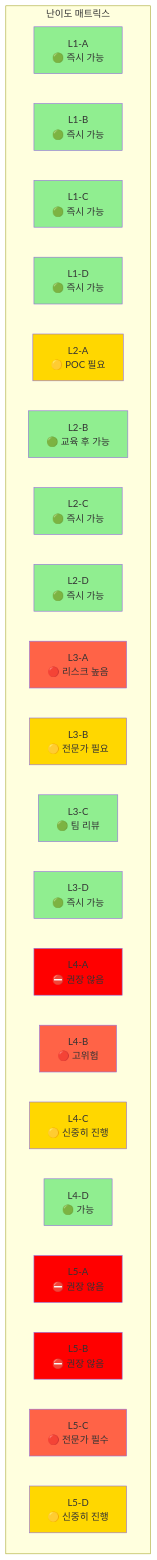
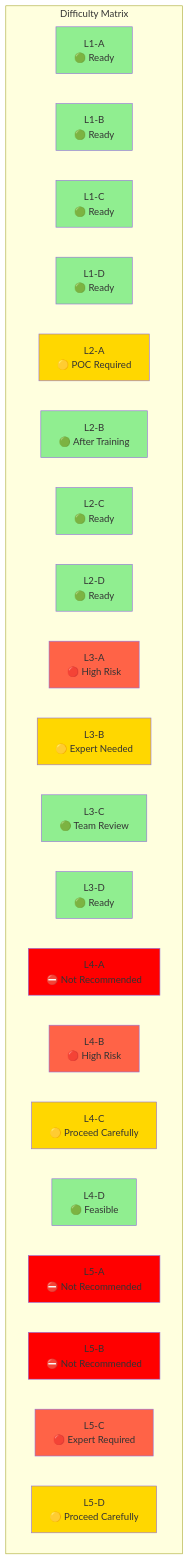
One commit to devfloor9/engineering-playbook changed the first of 2 diagrams in docs/aidlc/enterprise/msa-complexity/index.md. Above: the diagram before and after it, drawn with Mermaid. The commit also changed other lines of this file and 954 other files, not shown here.

````diff
--- a/docs/aidlc/enterprise/msa-complexity/index.md
+++ b/docs/aidlc/enterprise/msa-complexity/index.md
@@ -79,54 +79,54 @@
 ```mermaid
 graph TB
-    subgraph "난이도 매트릭스"
+    subgraph "Difficulty Matrix"
         style L1A fill:#90EE90
         style L1B fill:#90EE90
         style L1C fill:#90EE90
         style L1D fill:#90EE90
 
         style L2A fill:#FFD700
         style L2B fill:#90EE90
         style L2C fill:#90EE90
         style L2D fill:#90EE90
 
         style L3A fill:#FF6347
         style L3B fill:#FFD700
         style L3C fill:#90EE90
         style L3D fill:#90EE90
 
         style L4A fill:#FF0000
         style L4B fill:#FF6347
         style L4C fill:#FFD700
         style L4D fill:#90EE90
 
         style L5A fill:#FF0000
         style L5B fill:#FF0000
         style L5C fill:#FF6347
         style L5D fill:#FFD700
 
-        L1A["L1-A<br/>🟢 즉시 가능"]
-        L1B["L1-B<br/>🟢 즉시 가능"]
-        L1C["L1-C<br/>🟢 즉시 가능"]
-        L1D["L1-D<br/>🟢 즉시 가능"]
+        L1A["L1-A<br/>🟢 Ready"]
+        L1B["L1-B<br/>🟢 Ready"]
+        L1C["L1-C<br/>🟢 Ready"]
+        L1D["L1-D<br/>🟢 Ready"]
 
-        L2A["L2-A<br/>🟡 POC 필요"]
-        L2B["L2-B<br/>🟢 교육 후 가능"]
-        L2C["L2-C<br/>🟢 즉시 가능"]
-        L2D["L2-D<br/>🟢 즉시 가능"]
+        L2A["L2-A<br/>🟡 POC Required"]
+        L2B["L2-B<br/>🟢 After Training"]
+        L2C["L2-C<br/>🟢 Ready"]
+        L2D["L2-D<br/>🟢 Ready"]
 
-        L3A["L3-A<br/>🔴 리스크 높음"]
-        L3B["L3-B<br/>🟡 전문가 필요"]
-        L3C["L3-C<br/>🟢 팀 리뷰"]
-        L3D["L3-D<br/>🟢 즉시 가능"]
+        L3A["L3-A<br/>🔴 High Risk"]
+        L3B["L3-B<br/>🟡 Expert Needed"]
+        L3C["L3-C<br/>🟢 Team Review"]
+        L3D["L3-D<br/>🟢 Ready"]
 
-        L4A["L4-A<br/>⛔ 권장 않음"]
-        L4B["L4-B<br/>🔴 고위험"]
-        L4C["L4-C<br/>🟡 신중히 진행"]
-        L4D["L4-D<br/>🟢 가능"]
+        L4A["L4-A<br/>⛔ Not Recommended"]
+        L4B["L4-B<br/>🔴 High Risk"]
+        L4C["L4-C<br/>🟡 Proceed Carefully"]
+        L4D["L4-D<br/>🟢 Feasible"]
 
-        L5A["L5-A<br/>⛔ 권장 않음"]
-        L5B["L5-B<br/>⛔ 권장 않음"]
-        L5C["L5-C<br/>🔴 전문가 필수"]
-        L5D["L5-D<br/>🟡 신중히 진행"]
+        L5A["L5-A<br/>⛔ Not Recommended"]
+        L5B["L5-B<br/>⛔ Not Recommended"]
+        L5C["L5-C<br/>🔴 Expert Required"]
+        L5D["L5-D<br/>🟡 Proceed Carefully"]
     end
 ```
````
